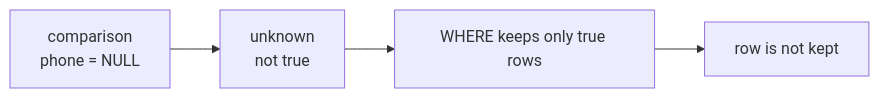
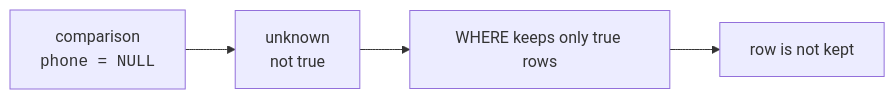
Before and after one commit to dataslope/dataslope: the second of 4 diagrams in content/learn/sqlite-for-beginners/working-with-null.mdx, drawn with Mermaid. The commit also changed 56 other files, not shown here.

````diff
--- a/content/learn/sqlite-for-beginners/working-with-null.mdx
+++ b/content/learn/sqlite-for-beginners/working-with-null.mdx
@@ -135,6 +135,6 @@
 ```mermaid
 flowchart LR
-    A["comparison<br/>phone = NULL"] --> U["unknown<br/>not true"]
+    A["comparison<br/><code>phone = NULL</code>"] --> U["unknown<br/>not true"]
     U --> W["WHERE keeps only true rows"]
     W --> D["row is not kept"]
 ```
````
